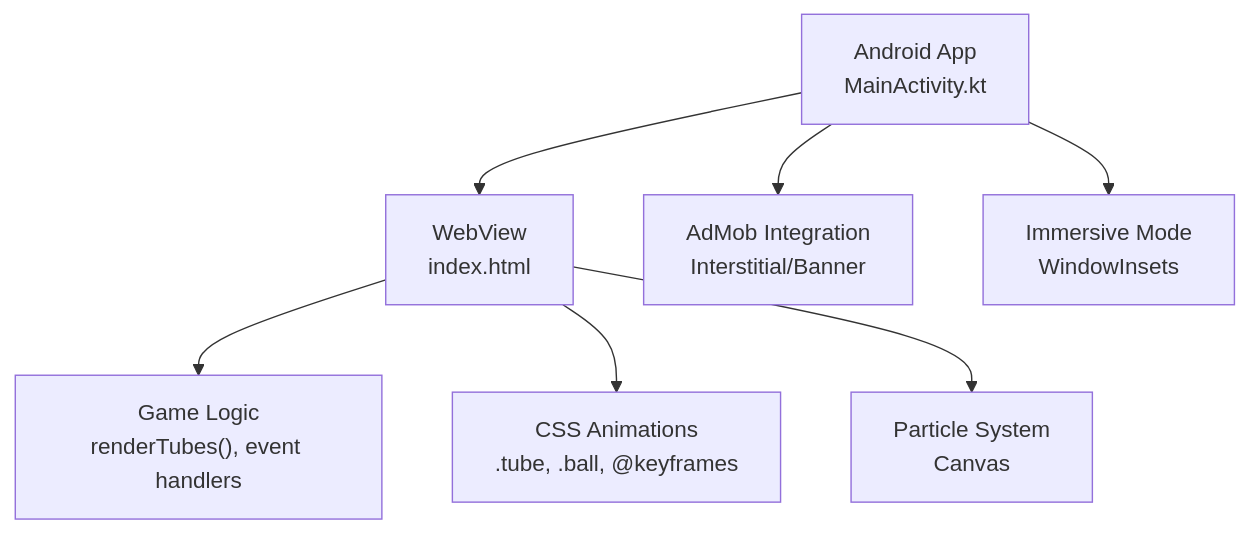
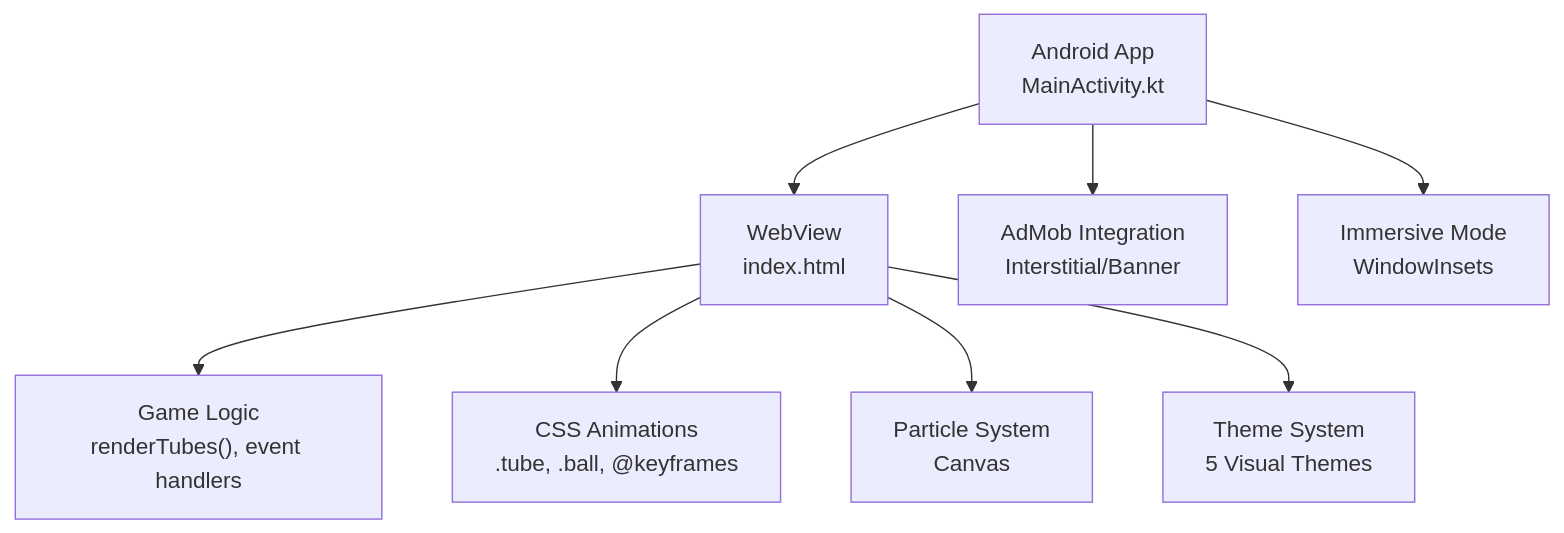
Before and after one commit to chetanck03/games: the first of 7 diagrams in .qoder/repowiki/en/content/Game Engine & Logic/Rendering & UI System.md, drawn with Mermaid. The commit also changed other lines of this file and 3 other files, not shown here.

````diff
--- a/.qoder/repowiki/en/content/Game Engine & Logic/Rendering & UI System.md
+++ b/.qoder/repowiki/en/content/Game Engine & Logic/Rendering & UI System.md
@@ -39,9 +51,10 @@
 ```mermaid
 graph TB
 A["Android App<br/>MainActivity.kt"] --> B["WebView<br/>index.html"]
 B --> C["Game Logic<br/>renderTubes(), event handlers"]
 B --> D["CSS Animations<br/>.tube, .ball, @keyframes"]
 B --> E["Particle System<br/>Canvas"]
-A --> F["AdMob Integration<br/>Interstitial/Banner"]
-A --> G["Immersive Mode<br/>WindowInsets"]
+B --> F["Theme System<br/>5 Visual Themes"]
+A --> G["AdMob Integration<br/>Interstitial/Banner"]
+A --> H["Immersive Mode<br/>WindowInsets"]
 ```
````
